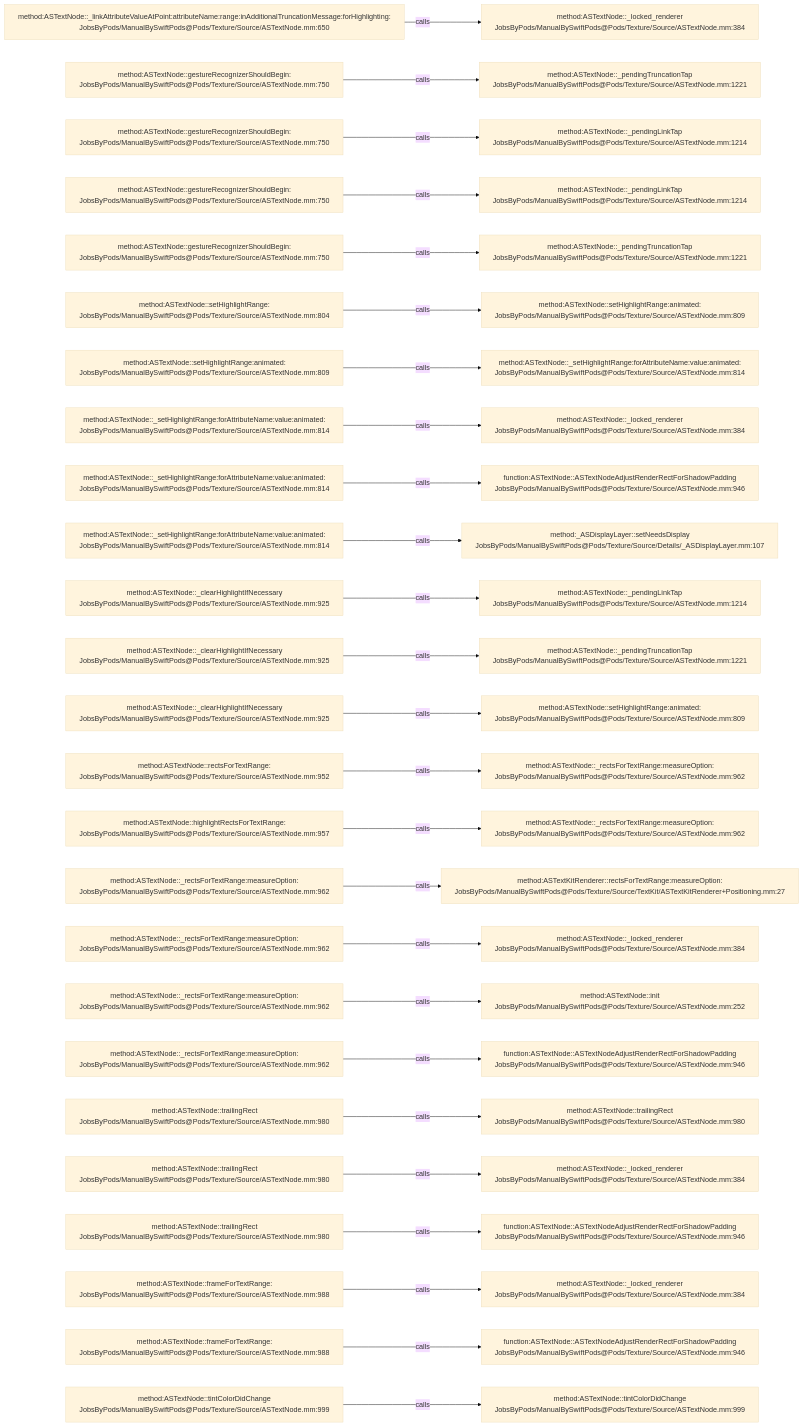
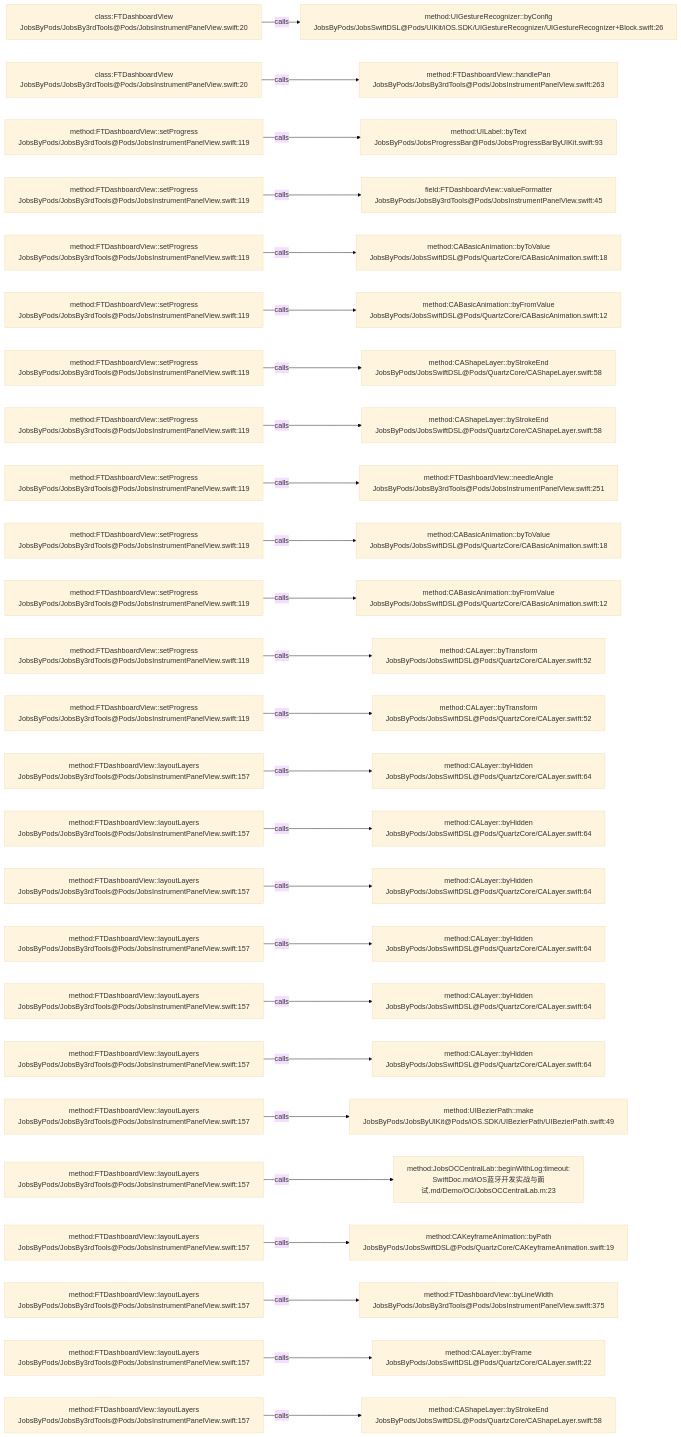
The diagram in .codegraph/codegraph.md/graphs/calls-067.md (JobsKits/JobsSwiftBaseConfigDemo), drawn with Mermaid (base theme) before and after one commit. The commit also changed 224 other files, not shown here.

````diff
--- a/.codegraph/codegraph.md/graphs/calls-067.md
+++ b/.codegraph/codegraph.md/graphs/calls-067.md
@@ -13,78 +13,78 @@
 ```mermaid
 flowchart LR
-  S1["method:ASTextNode::_linkAttributeValueAtPoint:attributeName:range:inAdditionalTruncationMessage:forHighlighting:<br/>JobsByPods/ManualBySwiftPods@Pods/Texture/Source/ASTextNode.mm:650"]
-  T1["method:ASTextNode::_locked_renderer<br/>JobsByPods/ManualBySwiftPods@Pods/Texture/Source/ASTextNode.mm:384"]
+  S1["class:FTDashboardView<br/>JobsByPods/JobsBy3rdTools@Pods/JobsInstrumentPanelView.swift:20"]
+  T1["method:UIGestureRecognizer::byConfig<br/>JobsByPods/JobsSwiftDSL@Pods/UIKit/iOS.SDK/UIGestureRecognizer/UIGestureRecognizer+Block.swift:26"]
   S1 -->|calls| T1
-  S2["method:ASTextNode::gestureRecognizerShouldBegin:<br/>JobsByPods/ManualBySwiftPods@Pods/Texture/Source/ASTextNode.mm:750"]
-  T2["method:ASTextNode::_pendingTruncationTap<br/>JobsByPods/ManualBySwiftPods@Pods/Texture/Source/ASTextNode.mm:1221"]
+  S2["class:FTDashboardView<br/>JobsByPods/JobsBy3rdTools@Pods/JobsInstrumentPanelView.swift:20"]
+  T2["method:FTDashboardView::handlePan<br/>JobsByPods/JobsBy3rdTools@Pods/JobsInstrumentPanelView.swift:263"]
   S2 -->|calls| T2
-  S3["method:ASTextNode::gestureRecognizerShouldBegin:<br/>JobsByPods/ManualBySwiftPods@Pods/Texture/Source/ASTextNode.mm:750"]
-  T3["method:ASTextNode::_pendingLinkTap<br/>JobsByPods/ManualBySwiftPods@Pods/Texture/Source/ASTextNode.mm:1214"]
+  S3["method:FTDashboardView::setProgress<br/>JobsByPods/JobsBy3rdTools@Pods/JobsInstrumentPanelView.swift:119"]
+  T3["method:UILabel::byText<br/>JobsByPods/JobsProgressBar@Pods/JobsProgressBarByUIKit.swift:93"]
   S3 -->|calls| T3
-  S4["method:ASTextNode::gestureRecognizerShouldBegin:<br/>JobsByPods/ManualBySwiftPods@Pods/Texture/Source/ASTextNode.mm:750"]
-  T4["method:ASTextNode::_pendingLinkTap<br/>JobsByPods/ManualBySwiftPods@Pods/Texture/Source/ASTextNode.mm:1214"]
+  S4["method:FTDashboardView::setProgress<br/>JobsByPods/JobsBy3rdTools@Pods/JobsInstrumentPanelView.swift:119"]
+  T4["field:FTDashboardView::valueFormatter<br/>JobsByPods/JobsBy3rdTools@Pods/JobsInstrumentPanelView.swift:45"]
   S4 -->|calls| T4
-  S5["method:ASTextNode::gestureRecognizerShouldBegin:<br/>JobsByPods/ManualBySwiftPods@Pods/Texture/Source/ASTextNode.mm:750"]
-  T5["method:ASTextNode::_pendingTruncationTap<br/>JobsByPods/ManualBySwiftPods@Pods/Texture/Source/ASTextNode.mm:1221"]
+  S5["method:FTDashboardView::setProgress<br/>JobsByPods/JobsBy3rdTools@Pods/JobsInstrumentPanelView.swift:119"]
+  T5["method:CABasicAnimation::byToValue<br/>JobsByPods/JobsSwiftDSL@Pods/QuartzCore/CABasicAnimation.swift:18"]
   S5 -->|calls| T5
-  S6["method:ASTextNode::setHighlightRange:<br/>JobsByPods/ManualBySwiftPods@Pods/Texture/Source/ASTextNode.mm:804"]
-  T6["method:ASTextNode::setHighlightRange:animated:<br/>JobsByPods/ManualBySwiftPods@Pods/Texture/Source/ASTextNode.mm:809"]
+  S6["method:FTDashboardView::setProgress<br/>JobsByPods/JobsBy3rdTools@Pods/JobsInstrumentPanelView.swift:119"]
+  T6["method:CABasicAnimation::byFromValue<br/>JobsByPods/JobsSwiftDSL@Pods/QuartzCore/CABasicAnimation.swift:12"]
   S6 -->|calls| T6
-  S7["method:ASTextNode::setHighlightRange:animated:<br/>JobsByPods/ManualBySwiftPods@Pods/Texture/Source/ASTextNode.mm:809"]
-  T7["method:ASTextNode::_setHighlightRange:forAttributeName:value:animated:<br/>JobsByPods/ManualBySwiftPods@Pods/Texture/Source/ASTextNode.mm:814"]
+  S7["method:FTDashboardView::setProgress<br/>JobsByPods/JobsBy3rdTools@Pods/JobsInstrumentPanelView.swift:119"]
+  T7["method:CAShapeLayer::byStrokeEnd<br/>JobsByPods/JobsSwiftDSL@Pods/QuartzCore/CAShapeLayer.swift:58"]
   S7 -->|calls| T7
-  S8["method:ASTextNode::_setHighlightRange:forAttributeName:value:animated:<br/>JobsByPods/ManualBySwiftPods@Pods/Texture/Source/ASTextNode.mm:814"]
-  T8["method:ASTextNode::_locked_renderer<br/>JobsByPods/ManualBySwiftPods@Pods/Texture/Source/ASTextNode.mm:384"]
+  S8["method:FTDashboardView::setProgress<br/>JobsByPods/JobsBy3rdTools@Pods/JobsInstrumentPanelView.swift:119"]
+  T8["method:CAShapeLayer::byStrokeEnd<br/>JobsByPods/JobsSwiftDSL@Pods/QuartzCore/CAShapeLayer.swift:58"]
   S8 -->|calls| T8
-  S9["method:ASTextNode::_setHighlightRange:forAttributeName:value:animated:<br/>JobsByPods/ManualBySwiftPods@Pods/Texture/Source/ASTextNode.mm:814"]
-  T9["function:ASTextNode::ASTextNodeAdjustRenderRectForShadowPadding<br/>JobsByPods/ManualBySwiftPods@Pods/Texture/Source/ASTextNode.mm:946"]
+  S9["method:FTDashboardView::setProgress<br/>JobsByPods/JobsBy3rdTools@Pods/JobsInstrumentPanelView.swift:119"]
+  T9["method:FTDashboardView::needleAngle<br/>JobsByPods/JobsBy3rdTools@Pods/JobsInstrumentPanelView.swift:251"]
   S9 -->|calls| T9
-  S10["method:ASTextNode::_setHighlightRange:forAttributeName:value:animated:<br/>JobsByPods/ManualBySwiftPods@Pods/Texture/Source/ASTextNode.mm:814"]
-  T10["method:_ASDisplayLayer::setNeedsDisplay<br/>JobsByPods/ManualBySwiftPods@Pods/Texture/Source/Details/_ASDisplayLayer.mm:107"]
+  S10["method:FTDashboardView::setProgress<br/>JobsByPods/JobsBy3rdTools@Pods/JobsInstrumentPanelView.swift:119"]
+  T10["method:CABasicAnimation::byToValue<br/>JobsByPods/JobsSwiftDSL@Pods/QuartzCore/CABasicAnimation.swift:18"]
   S10 -->|calls| T10
-  S11["method:ASTextNode::_clearHighlightIfNecessary<br/>JobsByPods/ManualBySwiftPods@Pods/Texture/Source/ASTextNode.mm:925"]
-  T11["method:ASTextNode::_pendingLinkTap<br/>JobsByPods/ManualBySwiftPods@Pods/Texture/Source/ASTextNode.mm:1214"]
+  S11["method:FTDashboardView::setProgress<br/>JobsByPods/JobsBy3rdTools@Pods/JobsInstrumentPanelView.swift:119"]
+  T11["method:CABasicAnimation::byFromValue<br/>JobsByPods/JobsSwiftDSL@Pods/QuartzCore/CABasicAnimation.swift:12"]
   S11 -->|calls| T11
-  S12["method:ASTextNode::_clearHighlightIfNecessary<br/>JobsByPods/ManualBySwiftPods@Pods/Texture/Source/ASTextNode.mm:925"]
-  T12["method:ASTextNode::_pendingTruncationTap<br/>JobsByPods/ManualBySwiftPods@Pods/Texture/Source/ASTextNode.mm:1221"]
+  S12["method:FTDashboardView::setProgress<br/>JobsByPods/JobsBy3rdTools@Pods/JobsInstrumentPanelView.swift:119"]
+  T12["method:CALayer::byTransform<br/>JobsByPods/JobsSwiftDSL@Pods/QuartzCore/CALayer.swift:52"]
   S12 -->|calls| T12
-  S13["method:ASTextNode::_clearHighlightIfNecessary<br/>JobsByPods/ManualBySwiftPods@Pods/Texture/Source/ASTextNode.mm:925"]
-  T13["method:ASTextNode::setHighlightRange:animated:<br/>JobsByPods/ManualBySwiftPods@Pods/Texture/Source/ASTextNode.mm:809"]
+  S13["method:FTDashboardView::setProgress<br/>JobsByPods/JobsBy3rdTools@Pods/JobsInstrumentPanelView.swift:119"]
+  T13["method:CALayer::byTransform<br/>JobsByPods/JobsSwiftDSL@Pods/QuartzCore/CALayer.swift:52"]
   S13 -->|calls| T13
-  S14["method:ASTextNode::rectsForTextRange:<br/>JobsByPods/ManualBySwiftPods@Pods/Texture/Source/ASTextNode.mm:952"]
-  T14["method:ASTextNode::_rectsForTextRange:measureOption:<br/>JobsByPods/ManualBySwiftPods@Pods/Texture/Source/ASTextNode.mm:962"]
+  S14["method:FTDashboardView::layoutLayers<br/>JobsByPods/JobsBy3rdTools@Pods/JobsInstrumentPanelView.swift:157"]
+  T14["method:CALayer::byHidden<br/>JobsByPods/JobsSwiftDSL@Pods/QuartzCore/CALayer.swift:64"]
   S14 -->|calls| T14
-  S15["method:ASTextNode::highlightRectsForTextRange:<br/>JobsByPods/ManualBySwiftPods@Pods/Texture/Source/ASTextNode.mm:957"]
-  T15["method:ASTextNode::_rectsForTextRange:measureOption:<br/>JobsByPods/ManualBySwiftPods@Pods/Texture/Source/ASTextNode.mm:962"]
+  S15["method:FTDashboardView::layoutLayers<br/>JobsByPods/JobsBy3rdTools@Pods/JobsInstrumentPanelView.swift:157"]
+  T15["method:CALayer::byHidden<br/>JobsByPods/JobsSwiftDSL@Pods/QuartzCore/CALayer.swift:64"]
   S15 -->|calls| T15
-  S16["method:ASTextNode::_rectsForTextRange:measureOption:<br/>JobsByPods/ManualBySwiftPods@Pods/Texture/Source/ASTextNode.mm:962"]
-  T16["method:ASTextKitRenderer::rectsForTextRange:measureOption:<br/>JobsByPods/ManualBySwiftPods@Pods/Texture/Source/TextKit/ASTextKitRenderer+Positioning.mm:27"]
+  S16["method:FTDashboardView::layoutLayers<br/>JobsByPods/JobsBy3rdTools@Pods/JobsInstrumentPanelView.swift:157"]
+  T16["method:CALayer::byHidden<br/>JobsByPods/JobsSwiftDSL@Pods/QuartzCore/CALayer.swift:64"]
   S16 -->|calls| T16
-  S17["method:ASTextNode::_rectsForTextRange:measureOption:<br/>JobsByPods/ManualBySwiftPods@Pods/Texture/Source/ASTextNode.mm:962"]
-  T17["method:ASTextNode::_locked_renderer<br/>JobsByPods/ManualBySwiftPods@Pods/Texture/Source/ASTextNode.mm:384"]
+  S17["method:FTDashboardView::layoutLayers<br/>JobsByPods/JobsBy3rdTools@Pods/JobsInstrumentPanelView.swift:157"]
+  T17["method:CALayer::byHidden<br/>JobsByPods/JobsSwiftDSL@Pods/QuartzCore/CALayer.swift:64"]
   S17 -->|calls| T17
-  S18["method:ASTextNode::_rectsForTextRange:measureOption:<br/>JobsByPods/ManualBySwiftPods@Pods/Texture/Source/ASTextNode.mm:962"]
-  T18["method:ASTextNode::init<br/>JobsByPods/ManualBySwiftPods@Pods/Texture/Source/ASTextNode.mm:252"]
+  S18["method:FTDashboardView::layoutLayers<br/>JobsByPods/JobsBy3rdTools@Pods/JobsInstrumentPanelView.swift:157"]
+  T18["method:CALayer::byHidden<br/>JobsByPods/JobsSwiftDSL@Pods/QuartzCore/CALayer.swift:64"]
   S18 -->|calls| T18
-  S19["method:ASTextNode::_rectsForTextRange:measureOption:<br/>JobsByPods/ManualBySwiftPods@Pods/Texture/Source/ASTextNode.mm:962"]
-  T19["function:ASTextNode::ASTextNodeAdjustRenderRectForShadowPadding<br/>JobsByPods/ManualBySwiftPods@Pods/Texture/Source/ASTextNode.mm:946"]
+  S19["method:FTDashboardView::layoutLayers<br/>JobsByPods/JobsBy3rdTools@Pods/JobsInstrumentPanelView.swift:157"]
+  T19["method:CALayer::byHidden<br/>JobsByPods/JobsSwiftDSL@Pods/QuartzCore/CALayer.swift:64"]
   S19 -->|calls| T19
-  S20["method:ASTextNode::trailingRect<br/>JobsByPods/ManualBySwiftPods@Pods/Texture/Source/ASTextNode.mm:980"]
-  T20["method:ASTextNode::trailingRect<br/>JobsByPods/ManualBySwiftPods@Pods/Texture/Source/ASTextNode.mm:980"]
+  S20["method:FTDashboardView::layoutLayers<br/>JobsByPods/JobsBy3rdTools@Pods/JobsInstrumentPanelView.swift:157"]
+  T20["method:UIBezierPath::make<br/>JobsByPods/JobsByUIKit@Pods/iOS.SDK/UIBezierPath/UIBezierPath.swift:49"]
   S20 -->|calls| T20
-  S21["method:ASTextNode::trailingRect<br/>JobsByPods/ManualBySwiftPods@Pods/Texture/Source/ASTextNode.mm:980"]
-  T21["method:ASTextNode::_locked_renderer<br/>JobsByPods/ManualBySwiftPods@Pods/Texture/Source/ASTextNode.mm:384"]
+  S21["method:FTDashboardView::layoutLayers<br/>JobsByPods/JobsBy3rdTools@Pods/JobsInstrumentPanelView.swift:157"]
+  T21["method:JobsOCCentralLab::beginWithLog:timeout:<br/>SwiftDoc.md/iOS蓝牙开发实战与面试.md/Demo/OC/JobsOCCentralLab.m:23"]
   S21 -->|calls| T21
-  S22["method:ASTextNode::trailingRect<br/>JobsByPods/ManualBySwiftPods@Pods/Texture/Source/ASTextNode.mm:980"]
-  T22["function:ASTextNode::ASTextNodeAdjustRenderRectForShadowPadding<br/>JobsByPods/ManualBySwiftPods@Pods/Texture/Source/ASTextNode.mm:946"]
+  S22["method:FTDashboardView::layoutLayers<br/>JobsByPods/JobsBy3rdTools@Pods/JobsInstrumentPanelView.swift:157"]
+  T22["method:CAKeyframeAnimation::byPath<br/>JobsByPods/JobsSwiftDSL@Pods/QuartzCore/CAKeyframeAnimation.swift:19"]
   S22 -->|calls| T22
-  S23["method:ASTextNode::frameForTextRange:<br/>JobsByPods/ManualBySwiftPods@Pods/Texture/Source/ASTextNode.mm:988"]
-  T23["method:ASTextNode::_locked_renderer<br/>JobsByPods/ManualBySwiftPods@Pods/Texture/Source/ASTextNode.mm:384"]
+  S23["method:FTDashboardView::layoutLayers<br/>JobsByPods/JobsBy3rdTools@Pods/JobsInstrumentPanelView.swift:157"]
+  T23["method:FTDashboardView::byLineWidth<br/>JobsByPods/JobsBy3rdTools@Pods/JobsInstrumentPanelView.swift:375"]
   S23 -->|calls| T23
-  S24["method:ASTextNode::frameForTextRange:<br/>JobsByPods/ManualBySwiftPods@Pods/Texture/Source/ASTextNode.mm:988"]
-  T24["function:ASTextNode::ASTextNodeAdjustRenderRectForShadowPadding<br/>JobsByPods/ManualBySwiftPods@Pods/Texture/Source/ASTextNode.mm:946"]
+  S24["method:FTDashboardView::layoutLayers<br/>JobsByPods/JobsBy3rdTools@Pods/JobsInstrumentPanelView.swift:157"]
+  T24["method:CALayer::byFrame<br/>JobsByPods/JobsSwiftDSL@Pods/QuartzCore/CALayer.swift:22"]
   S24 -->|calls| T24
-  S25["method:ASTextNode::tintColorDidChange<br/>JobsByPods/ManualBySwiftPods@Pods/Texture/Source/ASTextNode.mm:999"]
-  T25["method:ASTextNode::tintColorDidChange<br/>JobsByPods/ManualBySwiftPods@Pods/Texture/Source/ASTextNode.mm:999"]
+  S25["method:FTDashboardView::layoutLayers<br/>JobsByPods/JobsBy3rdTools@Pods/JobsInstrumentPanelView.swift:157"]
+  T25["method:CAShapeLayer::byStrokeEnd<br/>JobsByPods/JobsSwiftDSL@Pods/QuartzCore/CAShapeLayer.swift:58"]
   S25 -->|calls| T25
 ```
````
